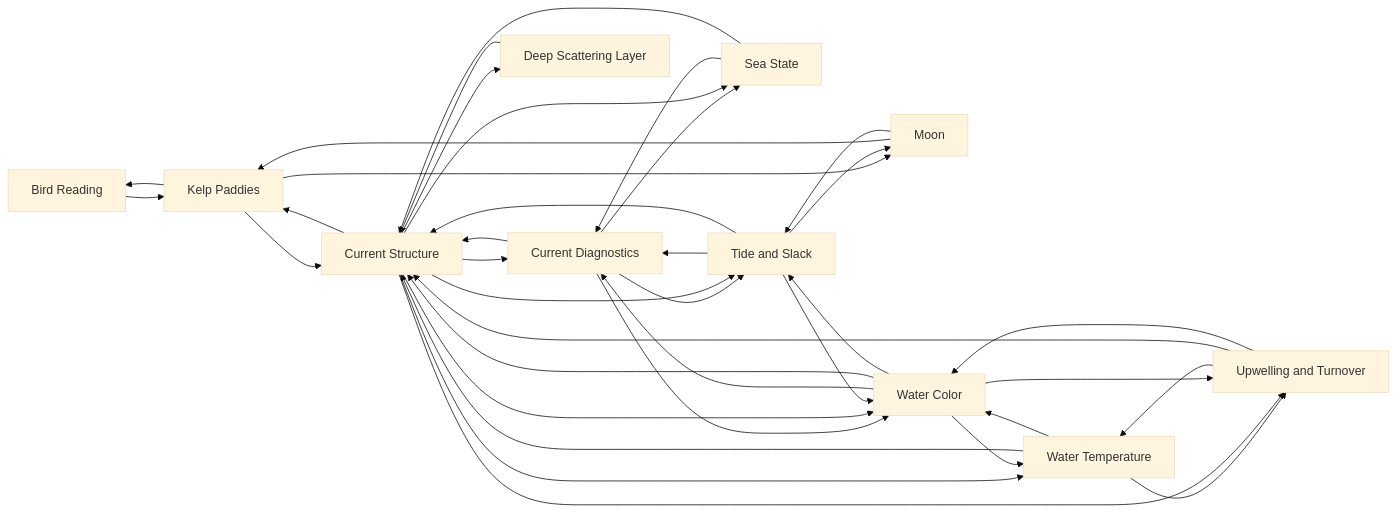
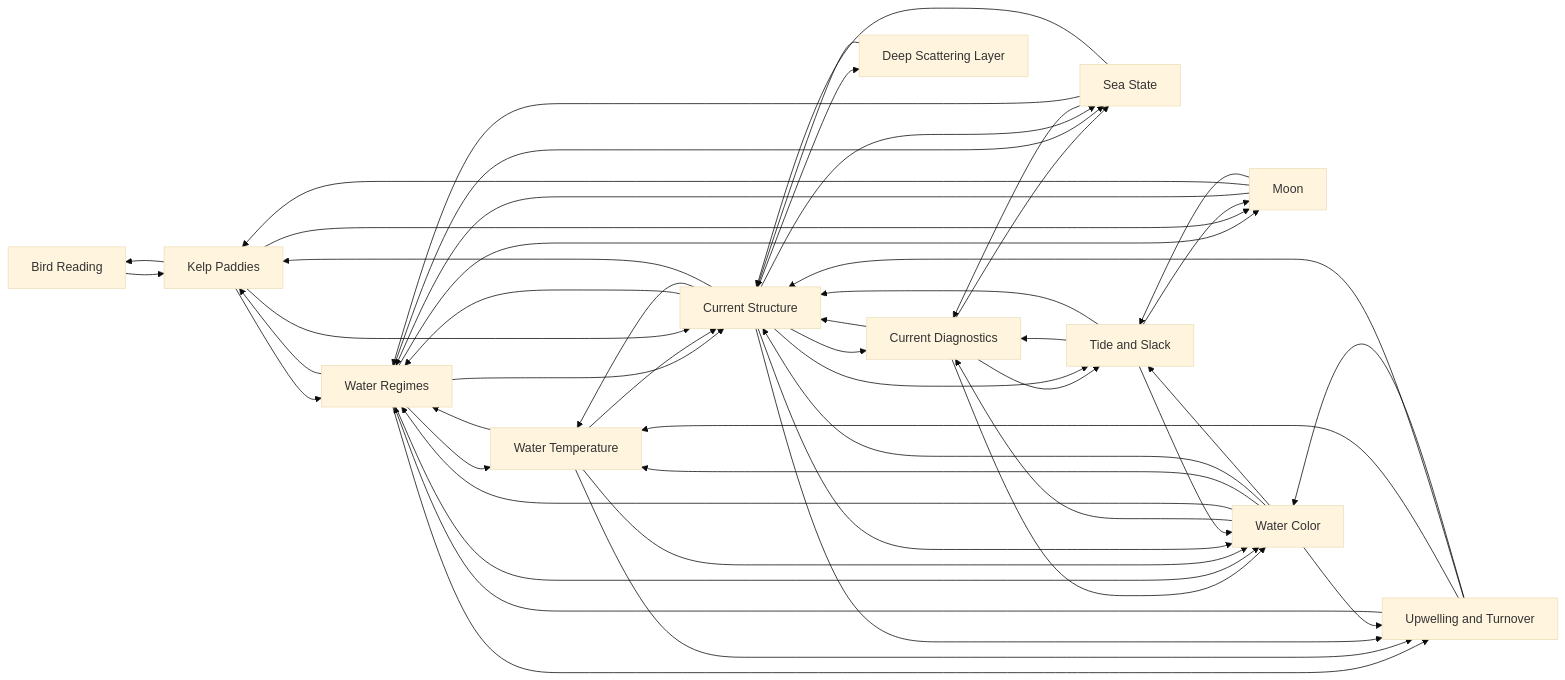
One commit to camchuckpete-max/Socal-Fishing-Knowledge changed the diagram in conditions/README.md. Above: the diagram before and after it, drawn with Mermaid (base theme). The commit also changed other lines of this file and 42 other files, not shown here.

````diff
--- a/conditions/README.md
+++ b/conditions/README.md
@@ -24,50 +25,65 @@
 ```mermaid
 graph LR
   n0["Bird Reading"]
   n1["Current Diagnostics"]
   n2["Current Structure"]
   n3["Deep Scattering Layer"]
   n4["Kelp Paddies"]
   n5["Moon"]
   n6["Sea State"]
   n7["Tide and Slack"]
   n8["Upwelling and Turnover"]
   n9["Water Color"]
-  n10["Water Temperature"]
+  n10["Water Regimes"]
+  n11["Water Temperature"]
   n0 --> n4
   n1 --> n2
   n1 --> n6
   n1 --> n7
   n1 --> n9
+  n10 --> n11
   n10 --> n2
+  n10 --> n4
+  n10 --> n5
+  n10 --> n6
   n10 --> n8
   n10 --> n9
+  n11 --> n10
+  n11 --> n2
+  n11 --> n8
+  n11 --> n9
   n2 --> n1
   n2 --> n10
+  n2 --> n11
   n2 --> n3
   n2 --> n4
   n2 --> n6
   n2 --> n7
   n2 --> n8
   n2 --> n9
   n3 --> n2
   n4 --> n0
+  n4 --> n10
   n4 --> n2
   n4 --> n5
+  n5 --> n10
   n5 --> n4
   n5 --> n7
   n6 --> n1
+  n6 --> n10
   n6 --> n2
   n7 --> n1
   n7 --> n2
   n7 --> n5
   n7 --> n9
   n8 --> n10
+  n8 --> n11
   n8 --> n2
   n8 --> n9
   n9 --> n1
   n9 --> n10
+  n9 --> n11
   n9 --> n2
   n9 --> n7
   n9 --> n8
 ```
````
